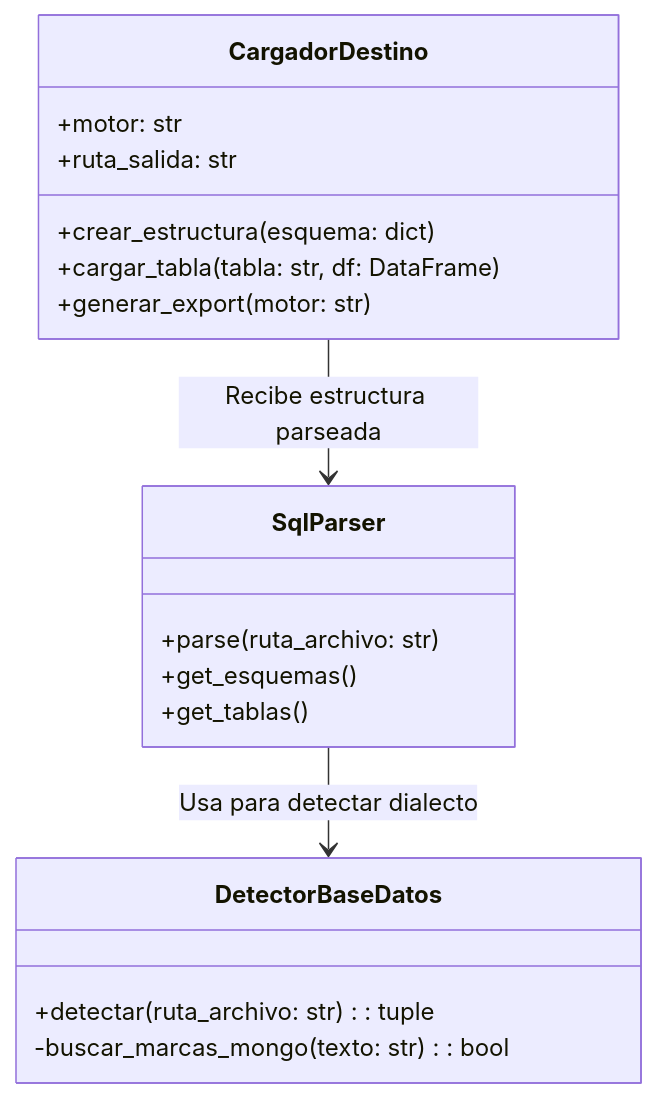
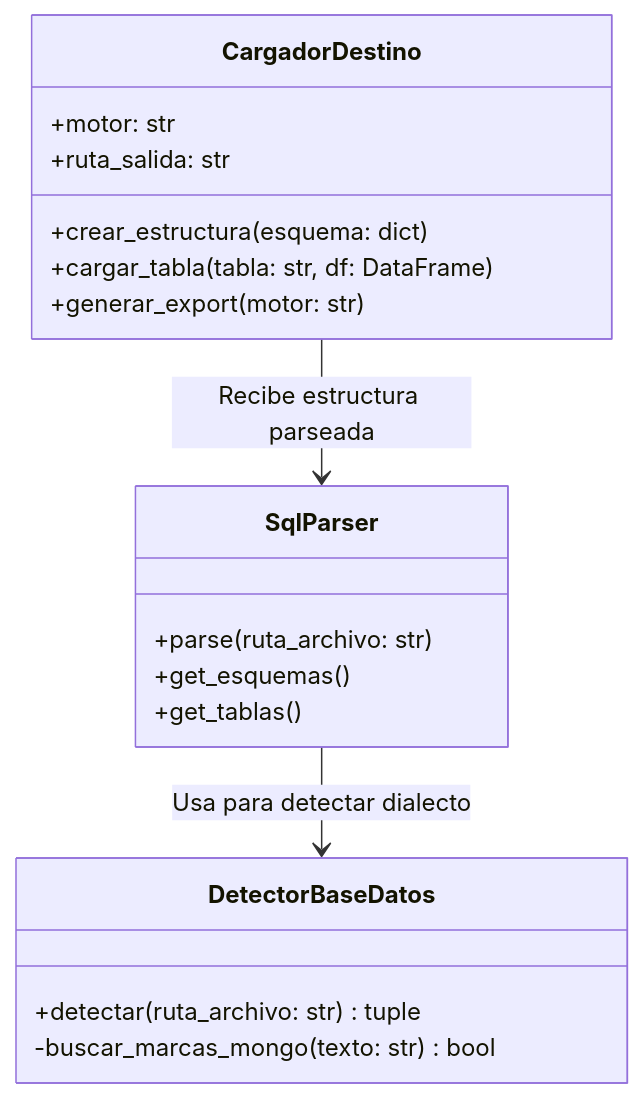
One commit to UPT-FAING-EPIS/proyecto-si783-2026-i-u3-migrador_bd changed the third of 5 diagrams in docs/INFORME.md. Above: the diagram before and after it, drawn with Mermaid. The commit also changed other lines of this file, not shown here.

Commit message:
Update Mermaid diagrams to standard flowchart format for PDF rendering

````diff
--- a/docs/INFORME.md
+++ b/docs/INFORME.md
@@ -61,24 +61,24 @@
 ```mermaid
 classDiagram
     class DetectorBaseDatos {
-        +detectar(ruta_archivo: str): tuple
-        -buscar_marcas_mongo(texto: str): bool
+        +detectar(ruta_archivo: str) tuple
+        -buscar_marcas_mongo(texto: str) bool
     }
     
     class CargadorDestino {
         +motor: str
         +ruta_salida: str
         +crear_estructura(esquema: dict)
         +cargar_tabla(tabla: str, df: DataFrame)
         +generar_export(motor: str)
     }
     
     class SqlParser {
         +parse(ruta_archivo: str)
         +get_esquemas()
         +get_tablas()
     }
     
     SqlParser --> DetectorBaseDatos : Usa para detectar dialecto
     CargadorDestino --> SqlParser : Recibe estructura parseada
 ```
````
